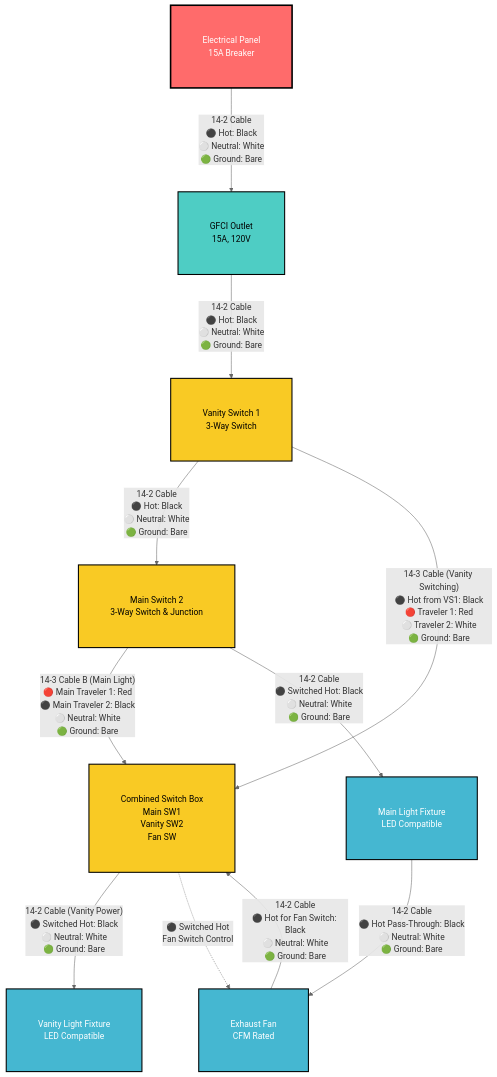
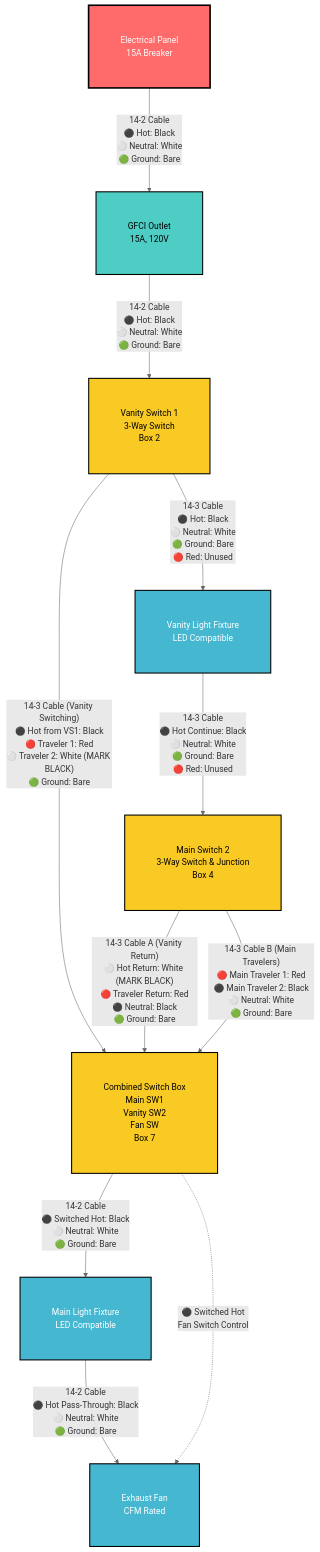
The first of 8 diagrams in diagrams/mermaid-wiring-diagram.md (ticklemycode/electrical-wiring), drawn with Mermaid before and after one commit. The commit also changed other lines of this file, not shown here.

````diff
--- a/diagrams/mermaid-wiring-diagram.md
+++ b/diagrams/mermaid-wiring-diagram.md
@@ -7,37 +7,37 @@
 ```mermaid
 %%{init: {'theme':'default', 'flowchart': {'nodeSpacing': 80, 'rankSpacing': 100, 'padding': 30}, 'themeVariables': {'primaryColor': '#ffffff', 'primaryTextColor': '#000000', 'primaryBorderColor': '#000000', 'lineColor': '#666666', 'sectionBkgColor': '#ffffff', 'altSectionBkgColor': '#f9f9f9', 'gridColor': '#cccccc', 'c0': '#ffffff', 'c1': '#ffffff', 'c2': '#ffffff', 'c3': '#ffffff', 'c4': '#ffffff'}}}%%
 flowchart TD
     A["Electrical Panel<br/>15A Breaker"] -->|"14-2 Cable<br/>⚫ Hot: Black<br/>⚪ Neutral: White<br/>🟢 Ground: Bare"| B["GFCI Outlet<br/>15A, 120V"]
     
-    B -->|"14-2 Cable<br/>⚫ Hot: Black<br/>⚪ Neutral: White<br/>🟢 Ground: Bare"| D["Vanity Switch 1<br/>3-Way Switch"]
+    B -->|"14-2 Cable<br/>⚫ Hot: Black<br/>⚪ Neutral: White<br/>🟢 Ground: Bare"| D["Vanity Switch 1<br/>3-Way Switch<br/>Box 2"]
     
-    D -->|"14-2 Cable<br/>⚫ Hot: Black<br/>⚪ Neutral: White<br/>🟢 Ground: Bare"| F["Main Switch 2<br/>3-Way Switch & Junction"]
+    D -->|"14-3 Cable<br/>⚫ Hot: Black<br/>⚪ Neutral: White<br/>🟢 Ground: Bare<br/>🔴 Red: Unused"| C["Vanity Light Fixture<br/>LED Compatible"]
     
-    D -->|"14-3 Cable (Vanity Switching)<br/>⚫ Hot from VS1: Black<br/>🔴 Traveler 1: Red<br/>⚪ Traveler 2: White<br/>🟢 Ground: Bare"| E["Combined Switch Box<br/>Main SW1<br/>Vanity SW2<br/>Fan SW"]
+    C -->|"14-3 Cable<br/>⚫ Hot Continue: Black<br/>⚪ Neutral: White<br/>🟢 Ground: Bare<br/>🔴 Red: Unused"| F["Main Switch 2<br/>3-Way Switch & Junction<br/>Box 4"]
     
-    E -->|"14-2 Cable (Vanity Power)<br/>⚫ Switched Hot: Black<br/>⚪ Neutral: White<br/>🟢 Ground: Bare"| C["Vanity Light Fixture<br/>LED Compatible"]
+    D -->|"14-3 Cable (Vanity Switching)<br/>⚫ Hot from VS1: Black<br/>🔴 Traveler 1: Red<br/>⚪ Traveler 2: White (MARK BLACK)<br/>🟢 Ground: Bare"| E["Combined Switch Box<br/>Main SW1<br/>Vanity SW2<br/>Fan SW<br/>Box 7"]
 
-    F -->|"14-3 Cable B (Main Light)<br/>🔴 Main Traveler 1: Red<br/>⚫ Main Traveler 2: Black<br/>⚪ Neutral: White<br/>🟢 Ground: Bare"| E
+    F -->|"14-3 Cable A (Vanity Return)<br/>⚪ Hot Return: White (MARK BLACK)<br/>🔴 Traveler Return: Red<br/>⚫ Neutral: Black<br/>🟢 Ground: Bare"| E
+    
+    F -->|"14-3 Cable B (Main Travelers)<br/>🔴 Main Traveler 1: Red<br/>⚫ Main Traveler 2: Black<br/>⚪ Neutral: White<br/>🟢 Ground: Bare"| E
 
-    F -->|"14-2 Cable<br/>⚫ Switched Hot: Black<br/>⚪ Neutral: White<br/>🟢 Ground: Bare"| G["Main Light Fixture<br/>LED Compatible"]
+    E -->|"14-2 Cable<br/>⚫ Switched Hot: Black<br/>⚪ Neutral: White<br/>🟢 Ground: Bare"| G["Main Light Fixture<br/>LED Compatible"]
 
     G -->|"14-2 Cable<br/>⚫ Hot Pass-Through: Black<br/>⚪ Neutral: White<br/>🟢 Ground: Bare"| H["Exhaust Fan<br/>CFM Rated"]
-    
-    H -->|"14-2 Cable<br/>⚫ Hot for Fan Switch: Black<br/>⚪ Neutral: White<br/>🟢 Ground: Bare"| E
     
     E -.->|"⚫ Switched Hot<br/>Fan Switch Control"| H
     
     %% Styling
     classDef boxPadding padding:10px 10px
     classDef panelStyle fill:#ff6b6b,stroke:#000,stroke-width:3px,color:#fff
     classDef gfciStyle fill:#4ecdc4,stroke:#000,stroke-width:2px,color:#000
     classDef fixtureStyle fill:#45b7d1,stroke:#000,stroke-width:2px,color:#fff
     classDef switchStyle fill:#f9ca24,stroke:#000,stroke-width:2px,color:#000
     classDef wireStyle stroke:#666,stroke-width:2px
     
     class A,B,C,D,E,F,G,H boxPadding
     class A panelStyle
     class B gfciStyle
     class C,G,H fixtureStyle
     class D,E,F switchStyle
 ```
````
